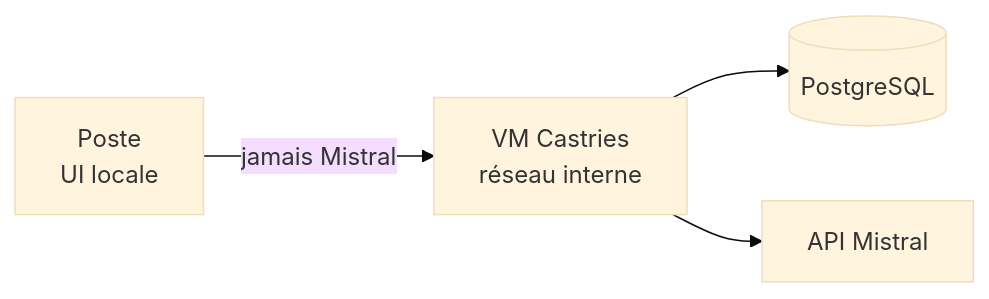
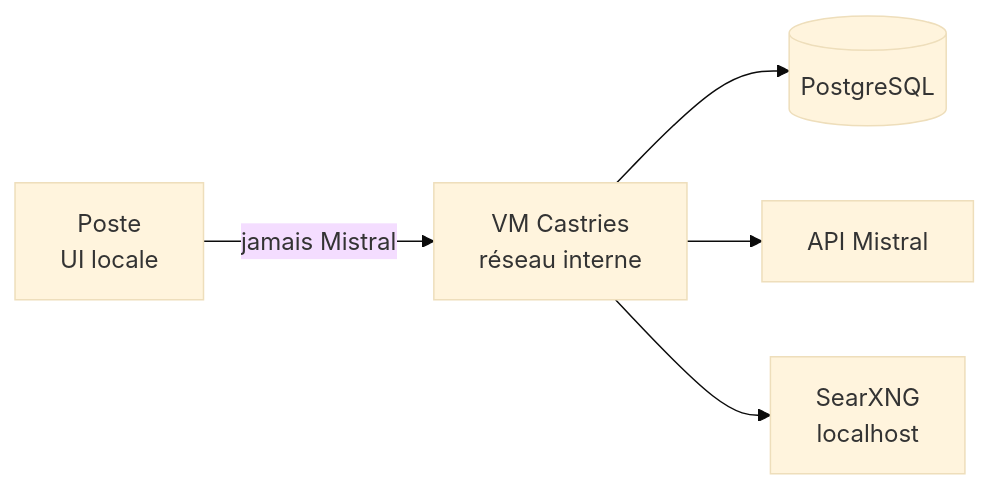
One commit to UlyssouLV/BBASS-Agents-IA changed the first of 2 diagrams in README.md. Above: the diagram before and after it, drawn with Mermaid (base theme). The commit also changed other lines of this file and 45 other files, not shown here.

````diff
--- a/README.md
+++ b/README.md
@@ -26,6 +26,7 @@
 ```mermaid
 flowchart LR
   P["Poste<br/>UI locale"] -->|"jamais Mistral"| VM["VM Castries<br/>réseau interne"]
   VM --> PG[("PostgreSQL")]
   VM --> M["API Mistral"]
+  VM --> S["SearXNG<br/>localhost"]
 ```
````
